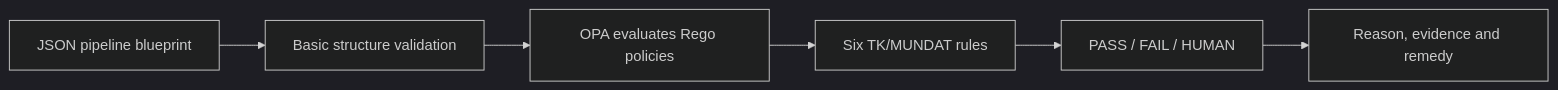
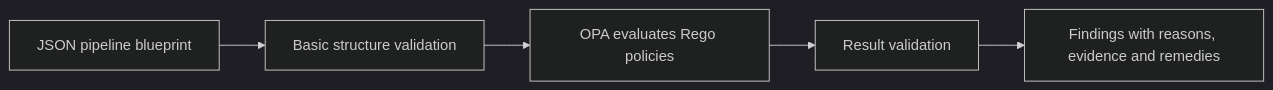
One commit to sirin-koca/InspectR changed the diagram in README.md. Above: the diagram before and after it, drawn with Mermaid (dark theme). The commit also changed other lines of this file and 3 other files, not shown here.

````diff
--- a/README.md
+++ b/README.md
@@ -235,8 +141,10 @@
 ```mermaid
 flowchart LR
-    A[JSON pipeline blueprint] --> B[Basic structure validation]
-    B --> C[OPA evaluates Rego policies]
-    C --> D[Six TK/MUNDAT rules]
-    D --> E[PASS / FAIL / HUMAN]
-    E --> F[Reason, evidence and remedy]
+    A[JSON pipeline blueprint]
+    B[Basic structure validation]
+    C[OPA evaluates Rego policies]
+    D[Result validation]
+    E[Findings with reasons, evidence and remedies]
+
+    A --> B --> C --> D --> E
 ```
````
